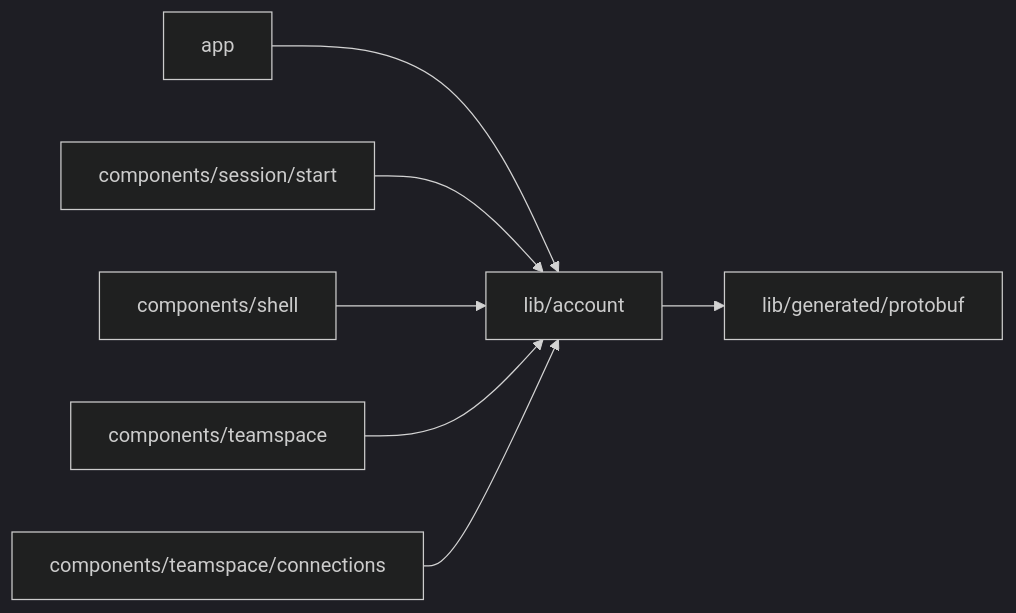
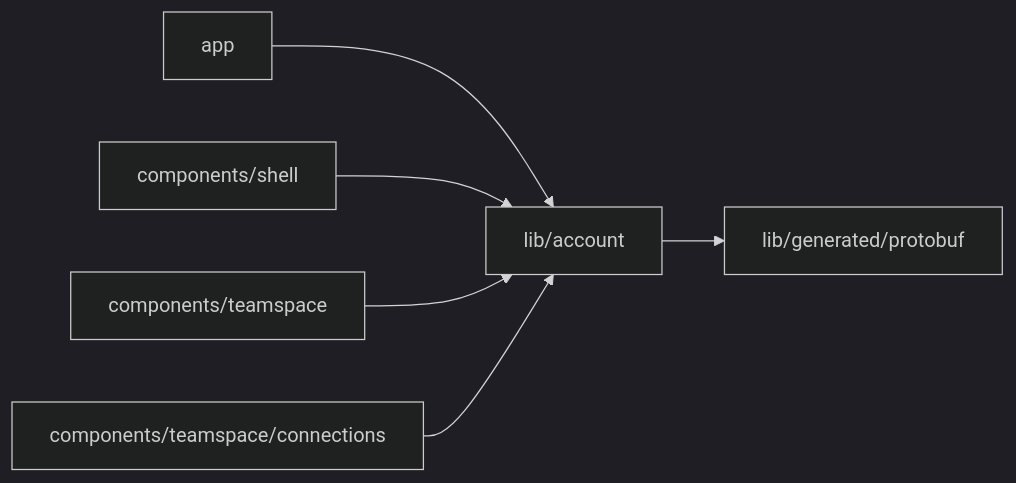
The diagram in web/studio/lib/account/README.md (superdurable/superverse), drawn with Mermaid (dark theme) before and after one commit. The commit also changed other lines of this file and 30 other files, not shown here.

````diff
--- a/web/studio/lib/account/README.md
+++ b/web/studio/lib/account/README.md
@@ -10,10 +10,9 @@
 ```mermaid
 flowchart LR
   self["lib/account"]
   c0["app"] --> self
-  c1["components/session/start"] --> self
-  c2["components/shell"] --> self
-  c3["components/teamspace"] --> self
-  c4["components/teamspace/connections"] --> self
+  c1["components/shell"] --> self
+  c2["components/teamspace"] --> self
+  c3["components/teamspace/connections"] --> self
   self --> d0["lib/generated/protobuf"]
 ```
````
